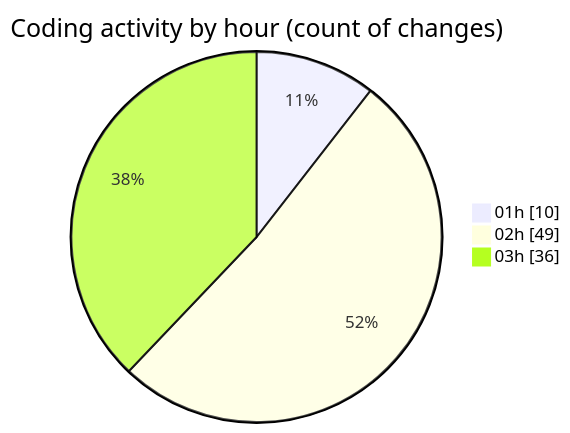
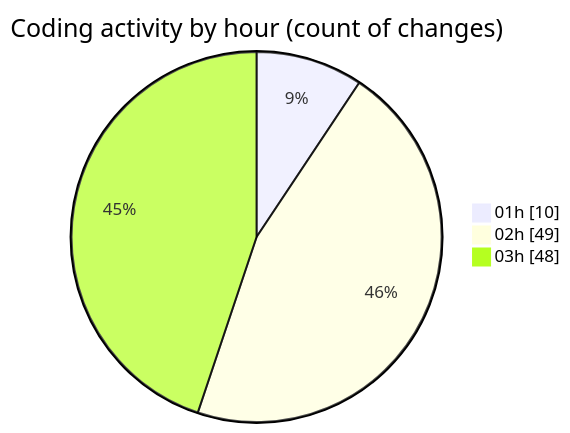
The second of 2 diagrams in 2025-11-21/eventscop-frontend-guide__workspace_/README.md (julien-gomy/code-tracking), drawn with Mermaid before and after one commit. The commit also changed other lines of this file and 1 other file, not shown here.

````diff
--- a/2025-11-21/eventscop-frontend-guide__workspace_/README.md
+++ b/2025-11-21/eventscop-frontend-guide__workspace_/README.md
@@ -62,7 +68,7 @@
 ```mermaid
 pie showData
 title Coding activity by hour (count of changes)
 "01h" : 10
 "02h" : 49
-"03h" : 36
+"03h" : 48
 ```
````
